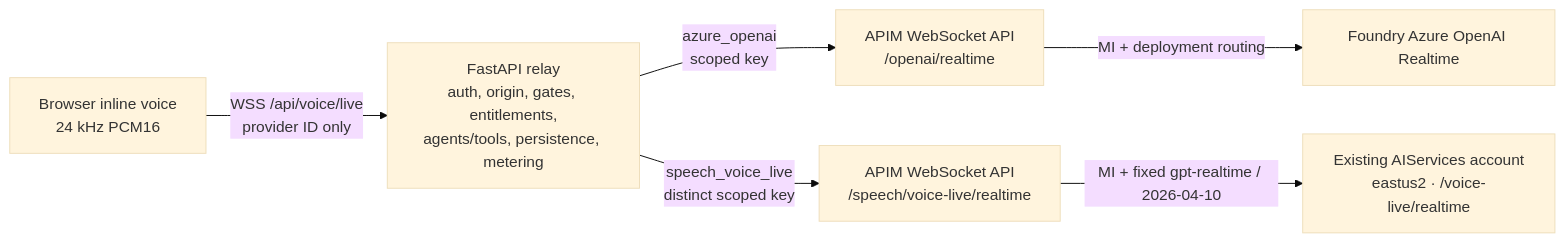
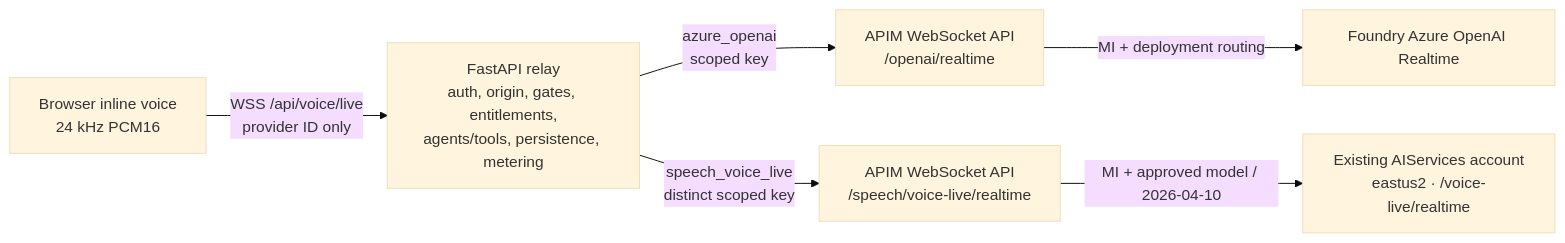
One commit to ian-t-adams/AI4IA changed the second of 6 diagrams in docs/architecture.md. Above: the diagram before and after it, drawn with Mermaid (base theme). The commit also changed other lines of this file and 29 other files, not shown here.

````diff
--- a/docs/architecture.md
+++ b/docs/architecture.md
@@ -52,8 +52,8 @@
 ```mermaid
 flowchart LR
   Browser["Browser inline voice<br/>24 kHz PCM16"] -->|"WSS /api/voice/live<br/>provider ID only"| API["FastAPI relay<br/>auth, origin, gates, entitlements,<br/>agents/tools, persistence, metering"]
   API -->|"azure_openai<br/>scoped key"| AOAIAPI["APIM WebSocket API<br/>/openai/realtime"]
   API -->|"speech_voice_live<br/>distinct scoped key"| SpeechAPI["APIM WebSocket API<br/>/speech/voice-live/realtime"]
   AOAIAPI -->|"MI + deployment routing"| AOAI["Foundry Azure OpenAI Realtime"]
-  SpeechAPI -->|"MI + fixed gpt-realtime / 2026-04-10"| Speech["Existing AIServices account<br/>eastus2 · /voice-live/realtime"]
+  SpeechAPI -->|"MI + approved model / 2026-04-10"| Speech["Existing AIServices account<br/>eastus2 · /voice-live/realtime"]
 ```
````
